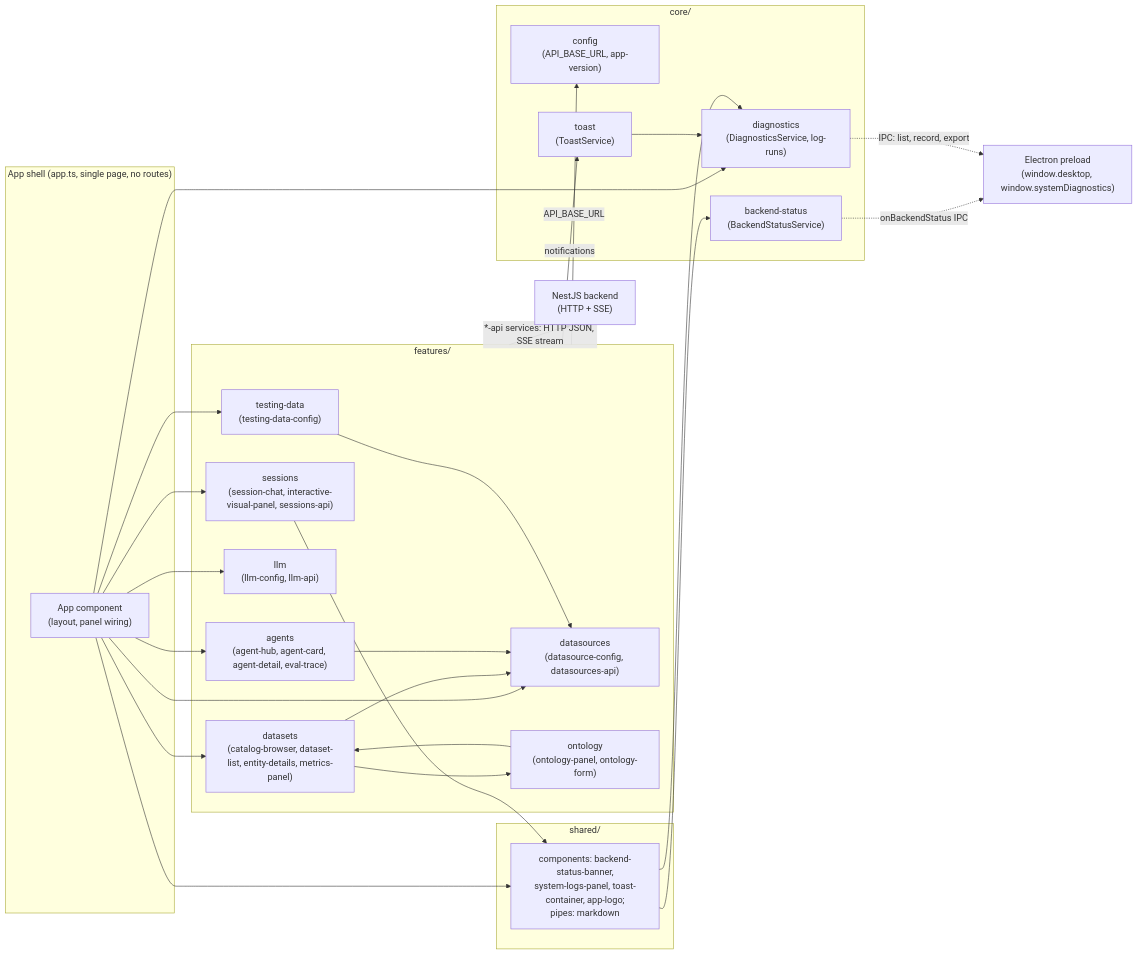
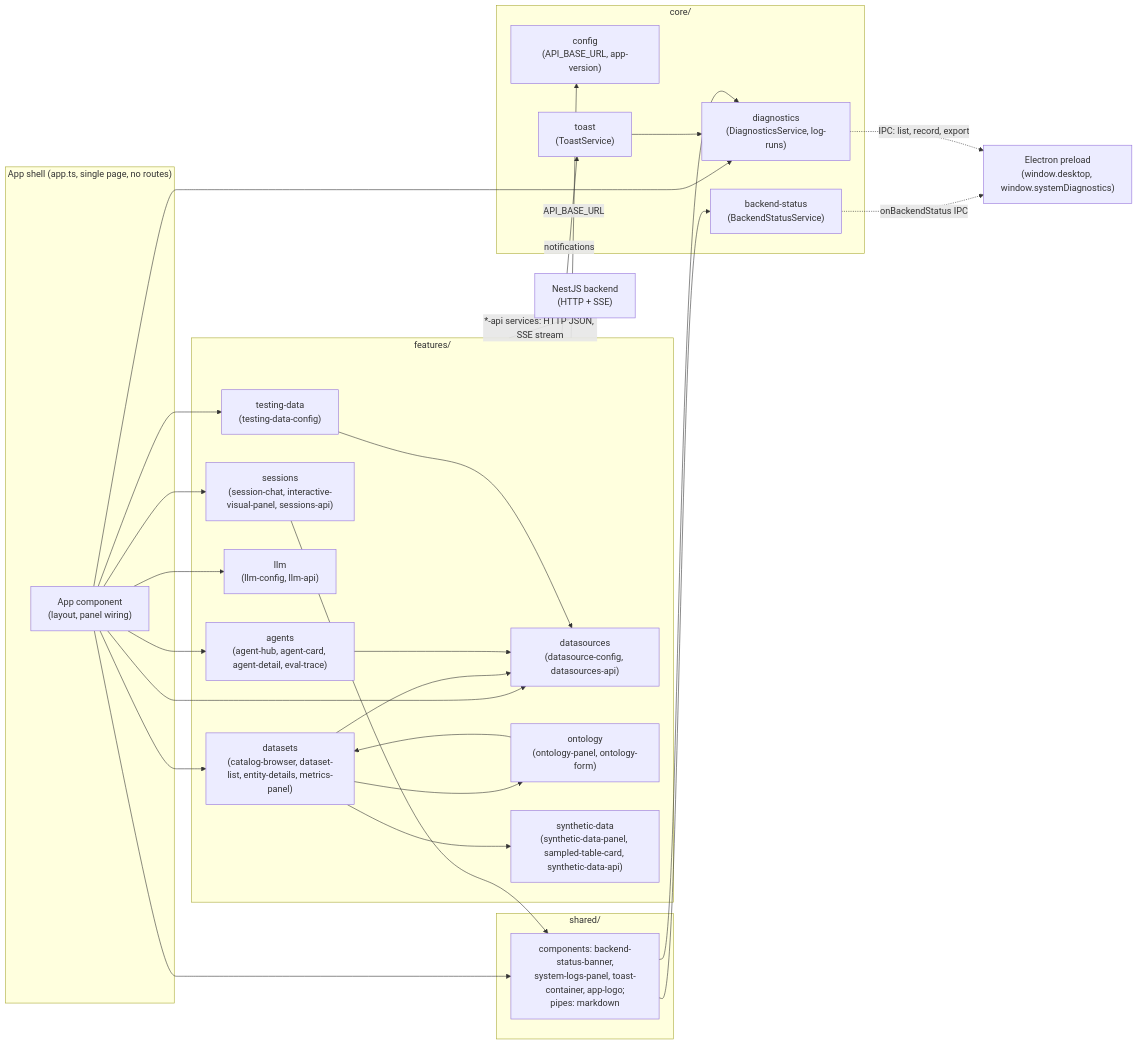
Before and after one commit to jhon-buendia-halo/bi-assistant: the fourth of 5 diagrams in specs/system/architecture.md, drawn with Mermaid. The commit also changed other lines of this file and 9 other files, not shown here.

````diff
--- a/specs/system/architecture.md
+++ b/specs/system/architecture.md
@@ -349,53 +352,55 @@
 ```mermaid
 flowchart LR
   subgraph shell["App shell (app.ts, single page, no routes)"]
     app["App component<br/>(layout, panel wiring)"]
   end
 
   subgraph features["features/"]
     sessions["sessions<br/>(session-chat, interactive-visual-panel, sessions-api)"]
     datasets["datasets<br/>(catalog-browser, dataset-list, entity-details, metrics-panel)"]
     datasources["datasources<br/>(datasource-config, datasources-api)"]
     ontology["ontology<br/>(ontology-panel, ontology-form)"]
     llm["llm<br/>(llm-config, llm-api)"]
     agents["agents<br/>(agent-hub, agent-card, agent-detail, eval-trace)"]
     testing["testing-data<br/>(testing-data-config)"]
+    synthdata["synthetic-data<br/>(synthetic-data-panel, sampled-table-card, synthetic-data-api)"]
   end
 
   subgraph core["core/"]
     config["config<br/>(API_BASE_URL, app-version)"]
     toast["toast<br/>(ToastService)"]
     diagnostics["diagnostics<br/>(DiagnosticsService, log-runs)"]
     status["backend-status<br/>(BackendStatusService)"]
   end
 
   subgraph shared["shared/"]
     sharedui["components: backend-status-banner,<br/>system-logs-panel, toast-container, app-logo;<br/>pipes: markdown"]
   end
 
   backend["NestJS backend<br/>(HTTP + SSE)"]
   desktop["Electron preload<br/>(window.desktop, window.systemDiagnostics)"]
 
   app --> sessions
   app --> datasets
   app --> datasources
   app --> llm
   app --> agents
   app --> testing
   app --> sharedui
   app --> diagnostics
   datasets --> datasources
   datasets --> ontology
+  datasets --> synthdata
   ontology --> datasets
   agents --> datasources
   testing --> datasources
   sessions --> sharedui
   features -->|"API_BASE_URL"| config
   features -->|"notifications"| toast
   toast --> diagnostics
   sharedui --> status
   sharedui --> diagnostics
   features -->|"*-api services: HTTP JSON, SSE stream"| backend
   status -.->|"onBackendStatus IPC"| desktop
   diagnostics -.->|"IPC: list, record, export"| desktop
 ```
````
